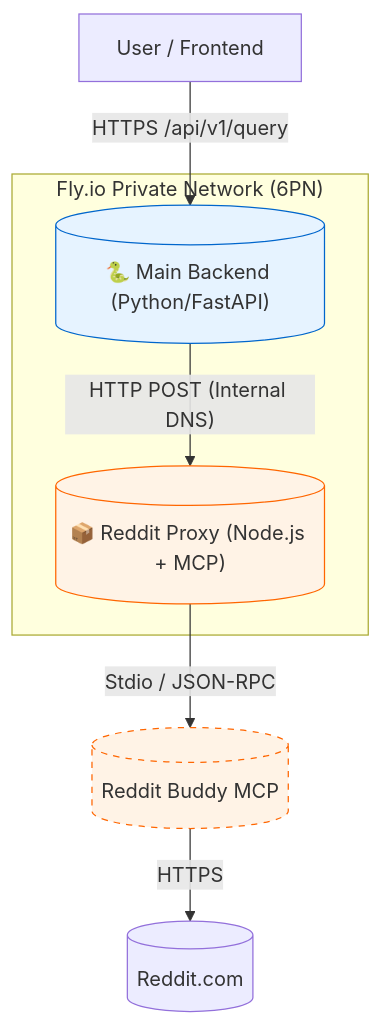
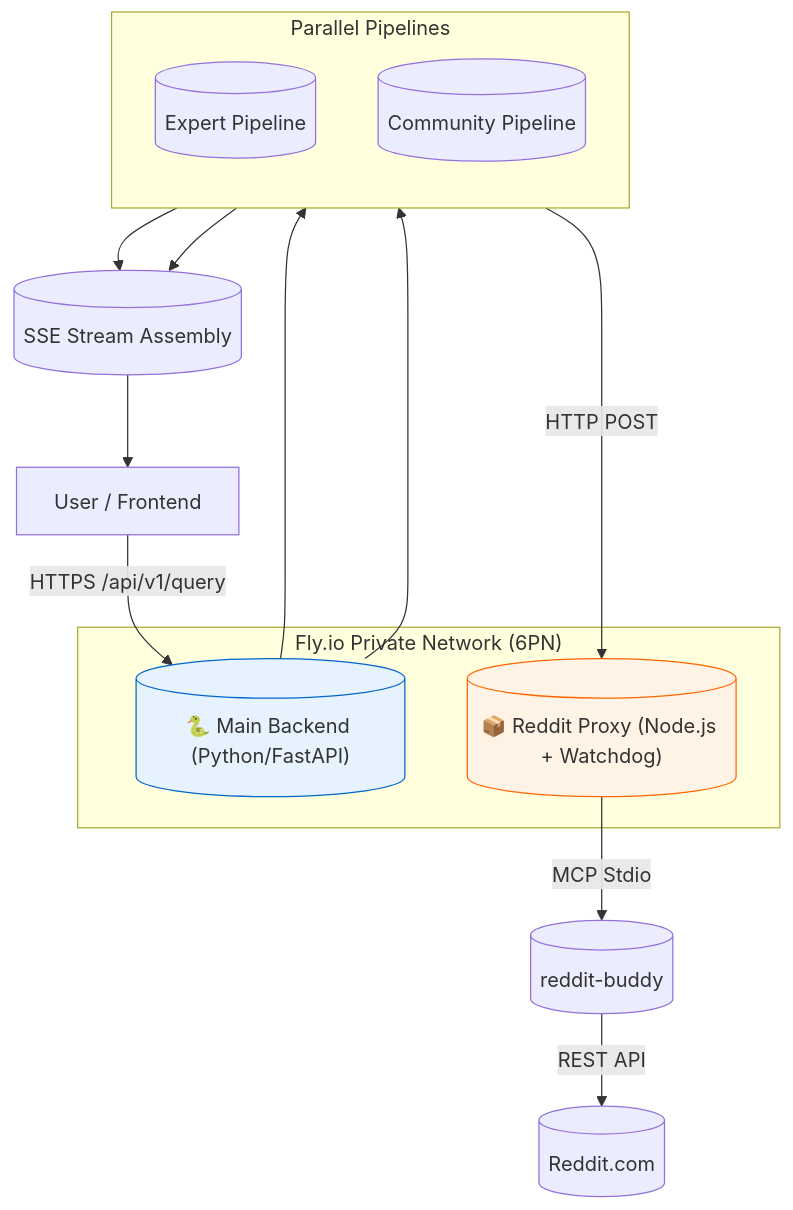
The diagram in specs/004-reddit-mcp-integration.md (shao3d/Experts_panel), drawn with Mermaid before and after one commit. The commit also changed other lines of this file and 16 other files, not shown here.

````diff
--- a/specs/004-reddit-mcp-integration.md
+++ b/specs/004-reddit-mcp-integration.md
@@ -18,16 +13,30 @@
 ```mermaid
 graph TD
     subgraph "Fly.io Private Network (6PN)"
         MainApp[("🐍 Main Backend (Python/FastAPI)")]
-        RedditService[("📦 Reddit Proxy (Node.js + MCP)")]
+        RedditService[("📦 Reddit Proxy (Node.js + Watchdog)")]
     end
 
     User[User / Frontend] -- "HTTPS /api/v1/query" --> MainApp
-    MainApp -- "HTTP POST (Internal DNS)" --> RedditService
-    RedditService -- "Stdio / JSON-RPC" --> MCPServer[("Reddit Buddy MCP")]
-    MCPServer -- "HTTPS" --> RedditAPI[("Reddit.com")]
+    
+    subgraph "Parallel Pipelines"
+        direction TB
+        ExpertPipe[("Expert Pipeline")]
+        RedditPipe[("Community Pipeline")]
+    end
+
+    MainApp --> ExpertPipe
+    MainApp --> RedditPipe
+    
+    RedditPipe -- "HTTP POST" --> RedditService
+    RedditService -- "MCP Stdio" --> RedditMCP[("reddit-buddy")]
+    RedditMCP -- "REST API" --> RedditAPI[("Reddit.com")]
+    
+    ExpertPipe --> FinalResp
+    RedditPipe --> FinalResp
+    
+    FinalResp[("SSE Stream Assembly")] --> User
 
     style MainApp fill:#e6f3ff,stroke:#0066cc
     style RedditService fill:#fff3e6,stroke:#ff6600
-    style MCPServer fill:#fff3e6,stroke:#ff6600,stroke-dasharray: 5 5
 ```
````
